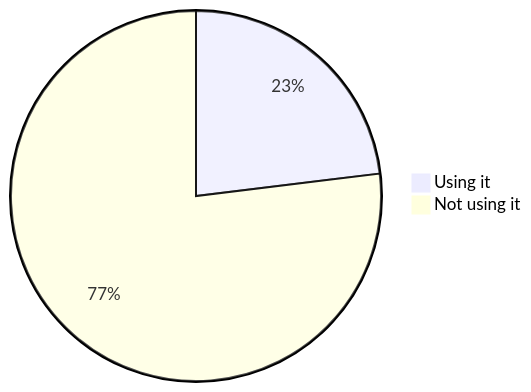
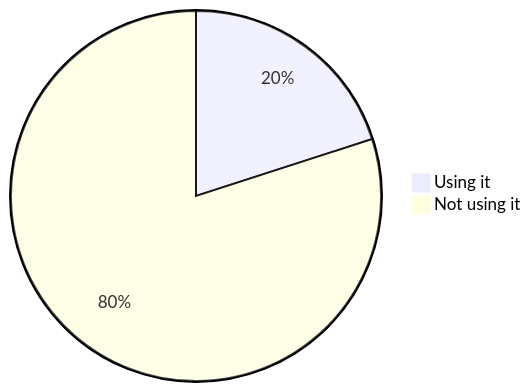
Diagram 14 of 18 in stats.md (oshp/oshp-stats), drawn with Mermaid before and after one commit. The commit also changed other lines of this file and 1 other file, not shown here.

````diff
--- a/stats.md
+++ b/stats.md
@@ -164,6 +164,6 @@
 ```mermaid
 pie
-	"Using it" : 23.07
-	"Not using it" : 76.93
+	"Using it" : 20.02
+	"Not using it" : 79.98
 
 ```
````
